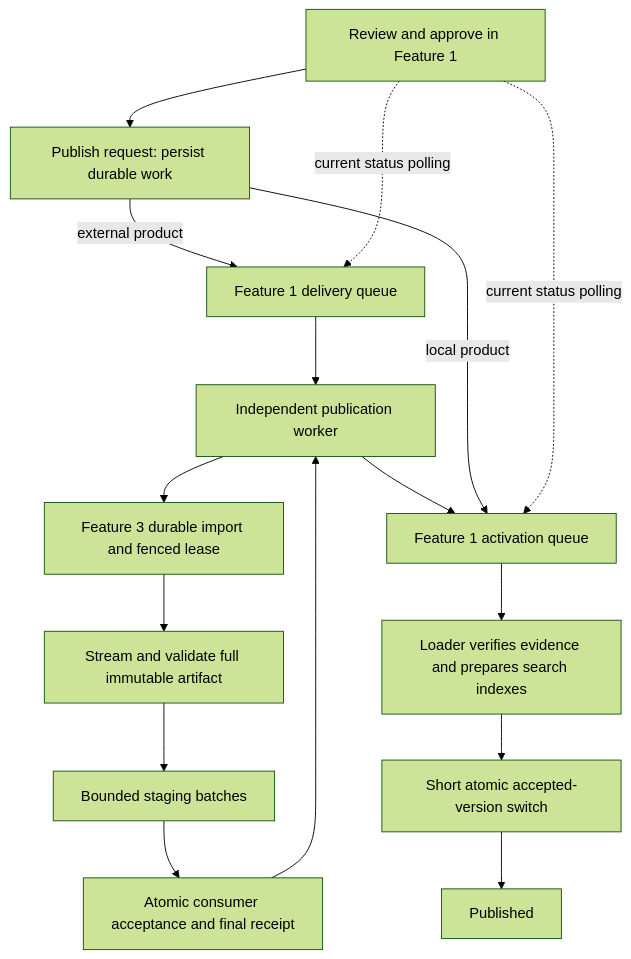
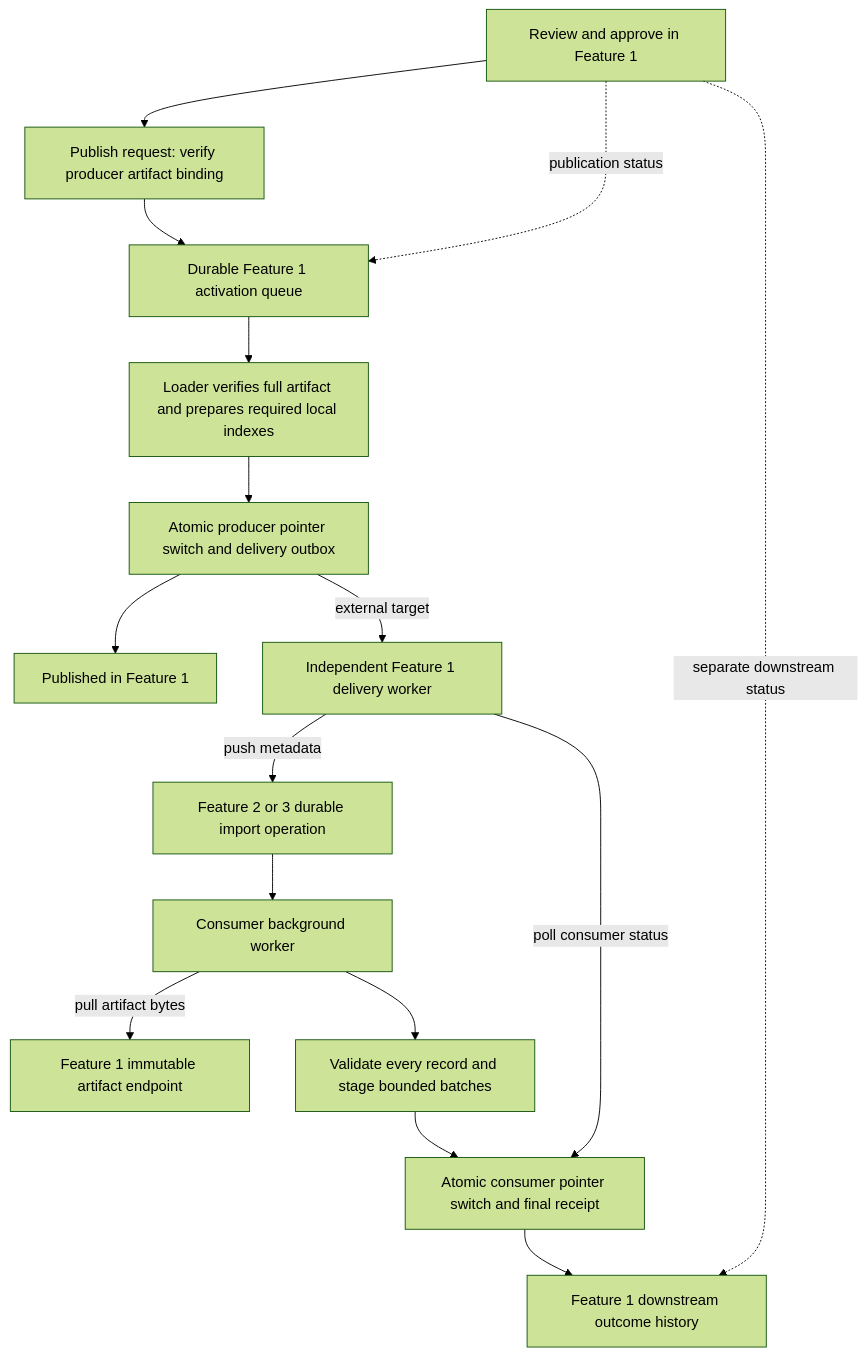
The diagram in docs/operations/publication-investigation-2026-09-05.md (MattShelton04/41026ASDProject), drawn with Mermaid (forest theme) before and after one commit. The commit also changed other lines of this file and 31 other files, not shown here.

Commit message:
feat(sales): stream and recover complete downstream imports

````diff
--- a/docs/operations/publication-investigation-2026-09-05.md
+++ b/docs/operations/publication-investigation-2026-09-05.md
@@ -9,18 +9,18 @@
 ```mermaid
 flowchart TD
-    UI[Review and approve in Feature 1] --> API[Publish request: persist durable work]
-    API -->|external product| Delivery[Feature 1 delivery queue]
-    Delivery --> Runner[Independent publication worker]
-    Runner --> Consumer[Feature 3 durable import and fenced lease]
-    Consumer --> Stream[Stream and validate full immutable artifact]
-    Stream --> Stage[Bounded staging batches]
-    Stage --> Receipt[Atomic consumer acceptance and final receipt]
-    Receipt --> Runner
-    Runner --> Activation[Feature 1 activation queue]
-    API -->|local product| Activation
-    Activation --> Prepare[Loader verifies evidence and prepares search indexes]
-    Prepare --> Switch[Short atomic accepted-version switch]
-    Switch --> Published[Published]
-    UI -. current status polling .-> Delivery
-    UI -. current status polling .-> Activation
+    UI[Review and approve in Feature 1] --> API[Publish request: verify producer artifact binding]
+    API --> Activation[Durable Feature 1 activation queue]
+    Activation --> Prepare[Loader verifies full artifact and prepares required local indexes]
+    Prepare --> Switch[Atomic producer pointer switch and delivery outbox]
+    Switch --> Published[Published in Feature 1]
+    Switch -->|external target| Delivery[Independent Feature 1 delivery worker]
+    Delivery -->|push metadata| Consumer[Feature 2 or 3 durable import operation]
+    Consumer --> Worker[Consumer background worker]
+    Worker -->|pull artifact bytes| F1Artifact[Feature 1 immutable artifact endpoint]
+    Worker --> Stage[Validate every record and stage bounded batches]
+    Stage --> Receipt[Atomic consumer pointer switch and final receipt]
+    Delivery -->|poll consumer status| Receipt
+    Receipt --> Evidence[Feature 1 downstream outcome history]
+    UI -. publication status .-> Activation
+    UI -. separate downstream status .-> Evidence
 ```
````
